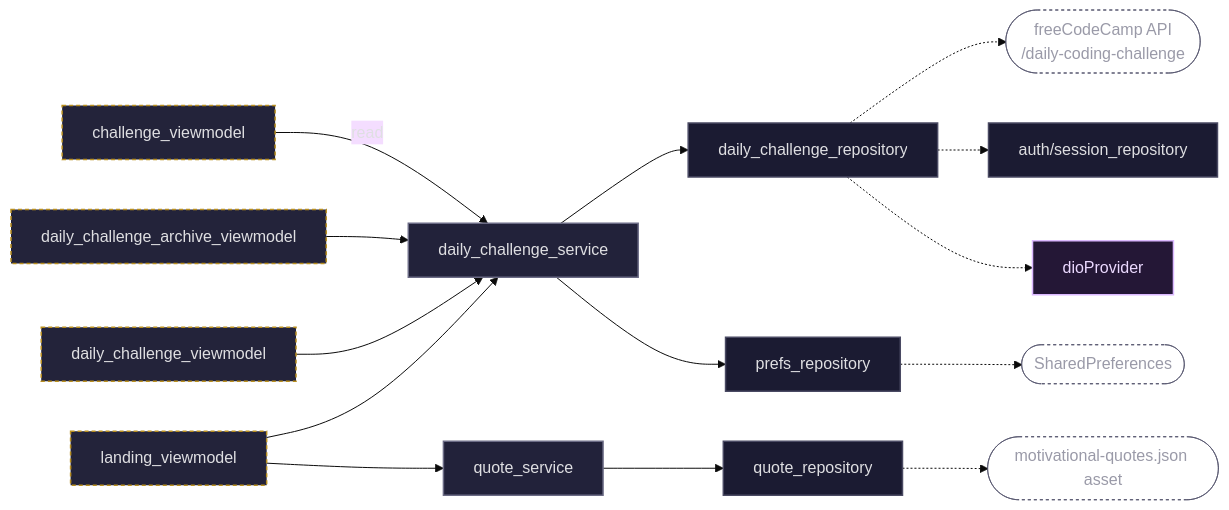
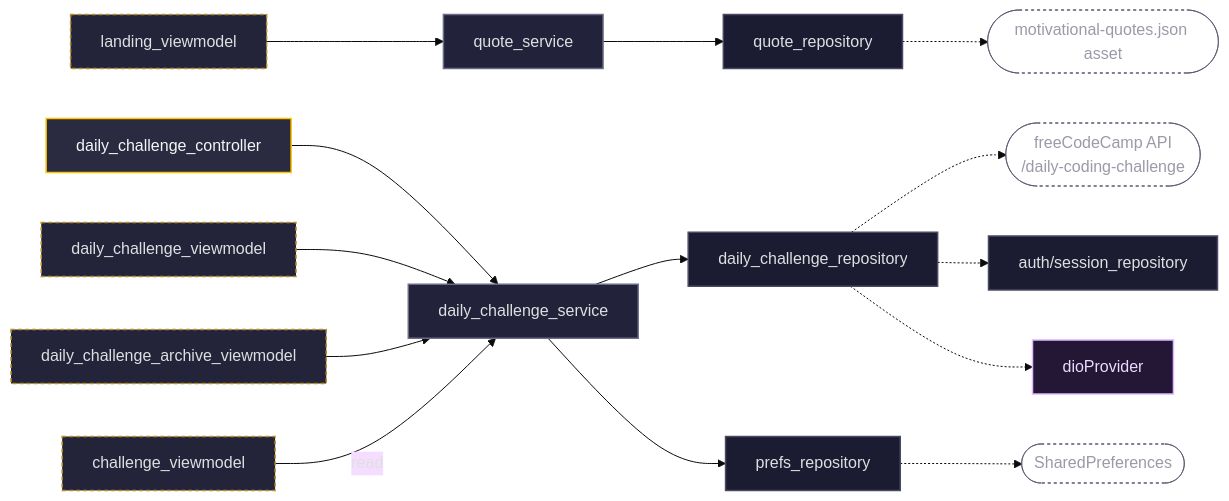
Before and after one commit to freeCodeCamp/mobile: the sixth of 7 diagrams in docs/LAYER_MAP.md, drawn with Mermaid (base theme). The commit also changed other lines of this file and 22 other files, not shown here.

Commit message:
fix: stabilize Learn retries and daily challenge lifecycle

````diff
--- a/docs/LAYER_MAP.md
+++ b/docs/LAYER_MAP.md
@@ -263,45 +263,47 @@
 ```mermaid
 flowchart LR
   LVM["landing_viewmodel"]:::vm
+  DCT["daily_challenge_controller"]:::ctrl
   DVM["daily_challenge_viewmodel"]:::vm
   AVM["daily_challenge_archive_viewmodel"]:::vm
   CVM2["challenge_viewmodel"]:::vm
 
   DCS["daily_challenge_service"]:::svc
   QS2["quote_service"]:::svc
 
   DCR["daily_challenge_repository"]:::repo
   PR2["prefs_repository"]:::repo
   QR["quote_repository"]:::repo
   SESS2["auth/session_repository"]:::repo
 
   DIO2["dioProvider"]:::plat
 
   SRC4(["freeCodeCamp API<br/>/daily-coding-challenge"]):::ext
   SRC5(["SharedPreferences"]):::ext
   SRC6(["motivational-quotes.json asset"]):::ext
 
-  LVM --> DCS
+  DCT --> DCS
   LVM --> QS2
   DVM --> DCS
   AVM --> DCS
   CVM2 -->|read| DCS
 
   DCS --> DCR
   DCS --> PR2
   QS2 --> QR
 
   DCR -.-> SRC4
   PR2 -.-> SRC5
   QR -.-> SRC6
 
   DCR -.-> SESS2
   DCR -.-> DIO2
 
+  classDef ctrl fill:#2A2A40,stroke:#FFC300,stroke-width:1.5px,color:#F5F6F7
   classDef vm fill:#23233a,stroke:#B98F1F,stroke-width:1.5px,stroke-dasharray:4 3,color:#DFDFE2
   classDef svc fill:#22223a,stroke:#6B6B85,stroke-width:1.5px,color:#DFDFE2
   classDef repo fill:#1B1B32,stroke:#4A4A63,stroke-width:1.5px,color:#DFDFE2
   classDef plat fill:#241736,stroke:#DBB8FF,stroke-width:1.5px,color:#EBD9FF
   classDef ext fill:transparent,stroke:#585870,stroke-width:1px,stroke-dasharray:3 3,color:#9A9AA8
   classDef root fill:#15152a,stroke:#8E8EA8,stroke-width:1.5px,color:#DFDFE2
 ```
````
